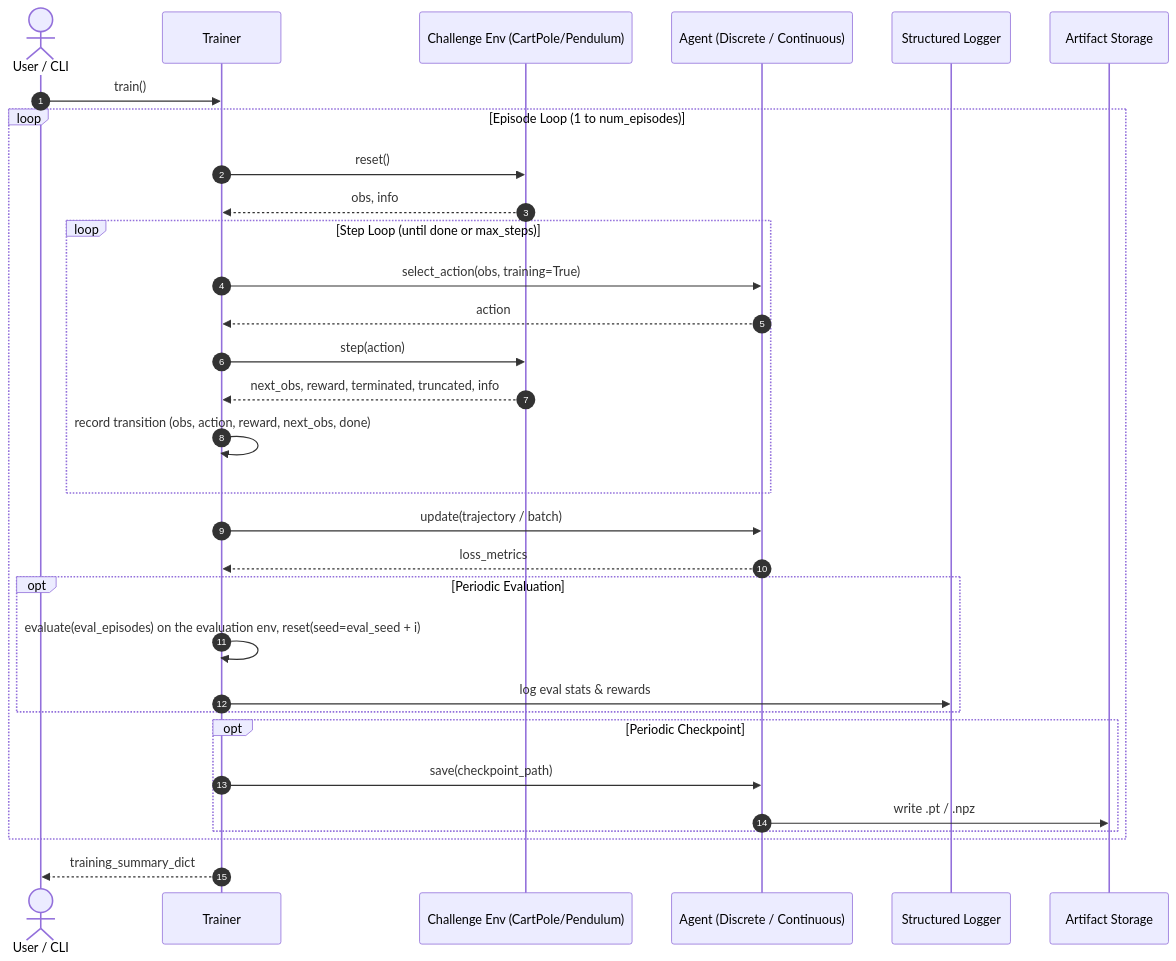
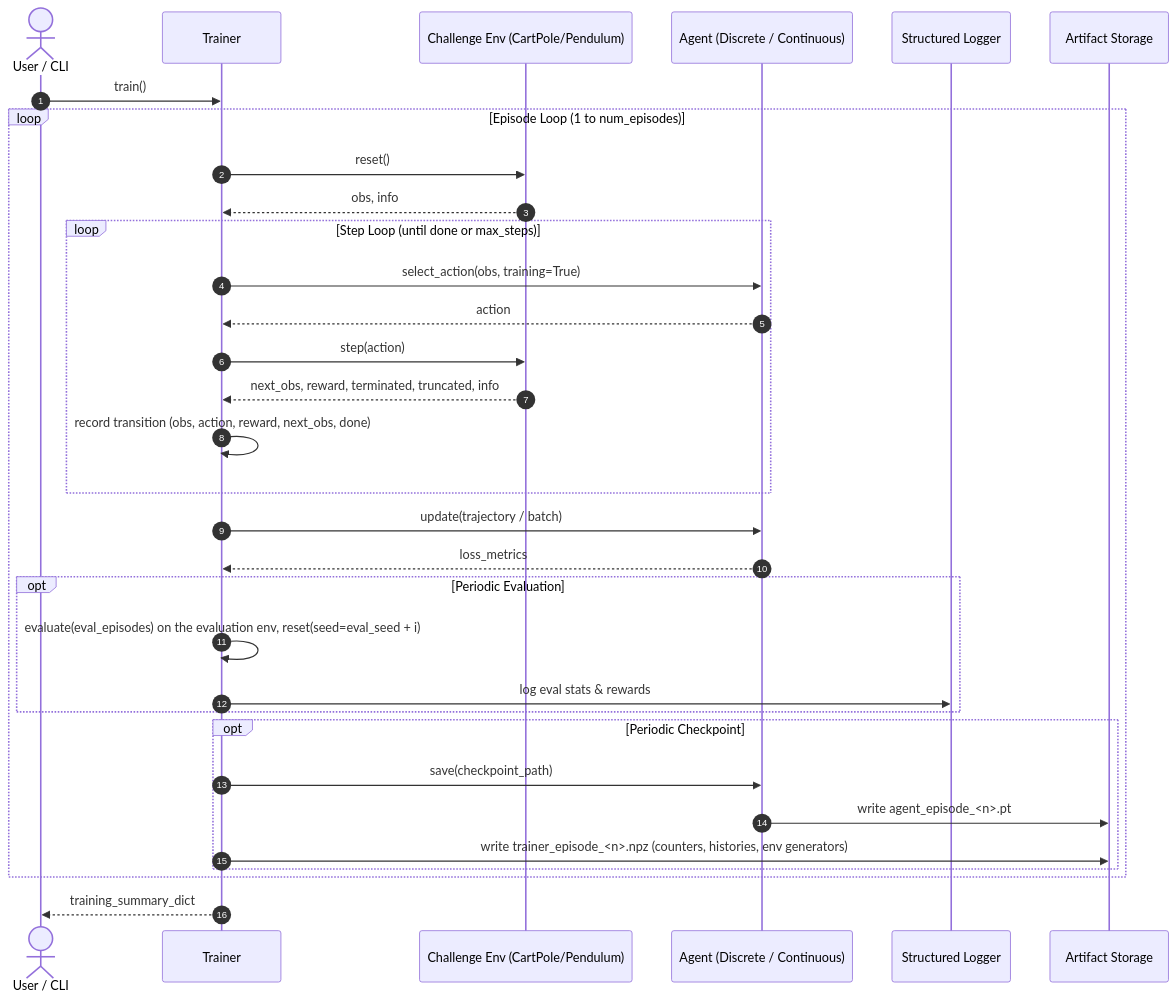
One commit to andreijw/AI changed the third of 3 diagrams in ARCHITECTURE.md. Above: the diagram before and after it, drawn with Mermaid. The commit also changed other lines of this file and 21 other files, not shown here.

````diff
--- a/ARCHITECTURE.md
+++ b/ARCHITECTURE.md
@@ -253,34 +258,35 @@
 ```mermaid
 sequenceDiagram
     autonumber
     actor User as User / CLI
     participant Trainer as Trainer
     participant Env as Challenge Env (CartPole/Pendulum)
     participant Agent as Agent (Discrete / Continuous)
     participant Logger as Structured Logger
     participant Disk as Artifact Storage
 
     User->>Trainer: train()
     loop Episode Loop (1 to num_episodes)
         Trainer->>Env: reset()
         Env-->>Trainer: obs, info
         loop Step Loop (until done or max_steps)
             Trainer->>Agent: select_action(obs, training=True)
             Agent-->>Trainer: action
             Trainer->>Env: step(action)
             Env-->>Trainer: next_obs, reward, terminated, truncated, info
             Trainer->>Trainer: record transition (obs, action, reward, next_obs, done)
         end
         Trainer->>Agent: update(trajectory / batch)
         Agent-->>Trainer: loss_metrics
         opt Periodic Evaluation
             Trainer->>Trainer: evaluate(eval_episodes) on the evaluation env, reset(seed=eval_seed + i)
             Trainer->>Logger: log eval stats & rewards
         end
         opt Periodic Checkpoint
             Trainer->>Agent: save(checkpoint_path)
-            Agent->>Disk: write .pt / .npz
+            Agent->>Disk: write agent_episode_<n>.pt
+            Trainer->>Disk: write trainer_episode_<n>.npz (counters, histories, env generators)
         end
     end
     Trainer-->>User: training_summary_dict
 ```
````
